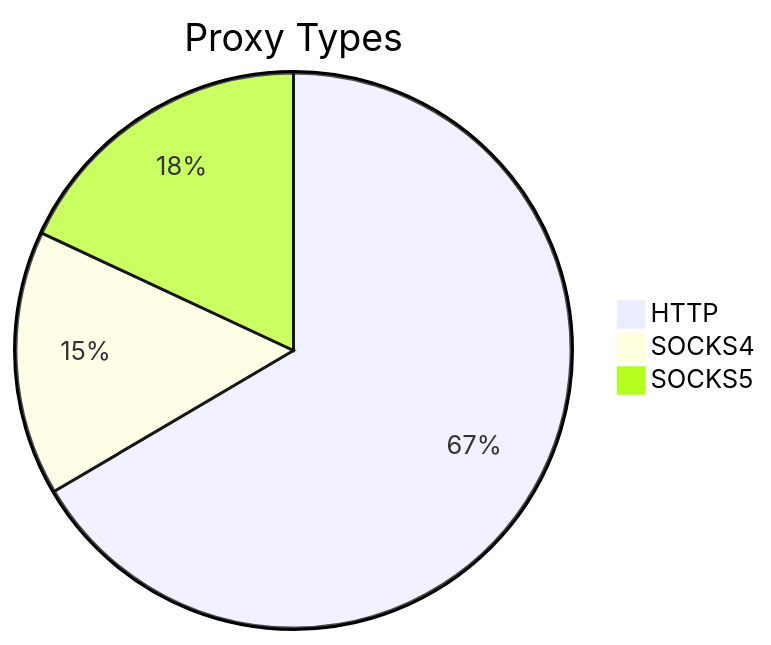
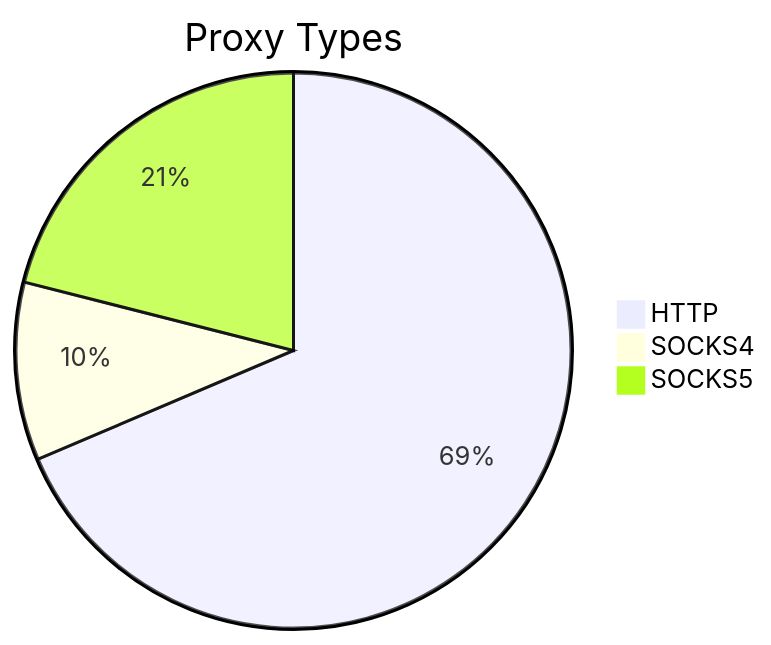
One commit to stormsia/proxy-list changed the first of 2 diagrams in README.md. Above: the diagram before and after it, drawn with Mermaid. The commit also changed other lines of this file, not shown here.

````diff
--- a/README.md
+++ b/README.md
@@ -21,6 +21,6 @@
 ```mermaid
 pie title Proxy Types
-    "HTTP" : 328
-    "SOCKS4" : 76
-    "SOCKS5" : 89
+    "HTTP" : 225
+    "SOCKS4" : 34
+    "SOCKS5" : 69
 ```
````
